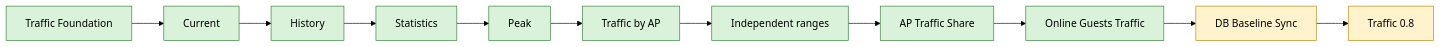
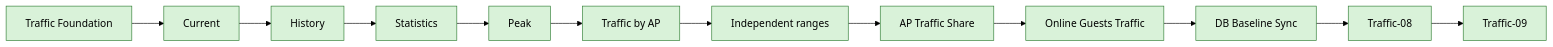
Before and after one commit to ZaurNavi/CaptivePortal: diagram 16 of 18 in README.md, drawn with Mermaid (forest theme). The commit also changed other lines of this file and 12 other files, not shown here.

````diff
--- a/README.md
+++ b/README.md
@@ -1092,6 +1121,5 @@
 ```mermaid
 flowchart LR
-    T0[Traffic Foundation]:::done --> T1[Current]:::done --> T2[History]:::done --> T3[Statistics]:::done --> T4[Peak]:::done --> T5[Traffic by AP]:::done --> R[Independent ranges]:::done --> T6[AP Traffic Share]:::done --> T7[Online Guests Traffic]:::done --> DB[DB Baseline Sync]:::next --> T8[Traffic 0.8]:::next
+    T0[Traffic Foundation]:::done --> T1[Current]:::done --> T2[History]:::done --> T3[Statistics]:::done --> T4[Peak]:::done --> T5[Traffic by AP]:::done --> R[Independent ranges]:::done --> T6[AP Traffic Share]:::done --> T7[Online Guests Traffic]:::done --> DB[DB Baseline Sync]:::done --> T8[Traffic-08]:::done --> T9[Traffic-09]:::done
     classDef done fill:#d9f2d9,stroke:#2e7d32,color:#000;
-    classDef next fill:#fff3cd,stroke:#b8860b,color:#000;
 ```
````
